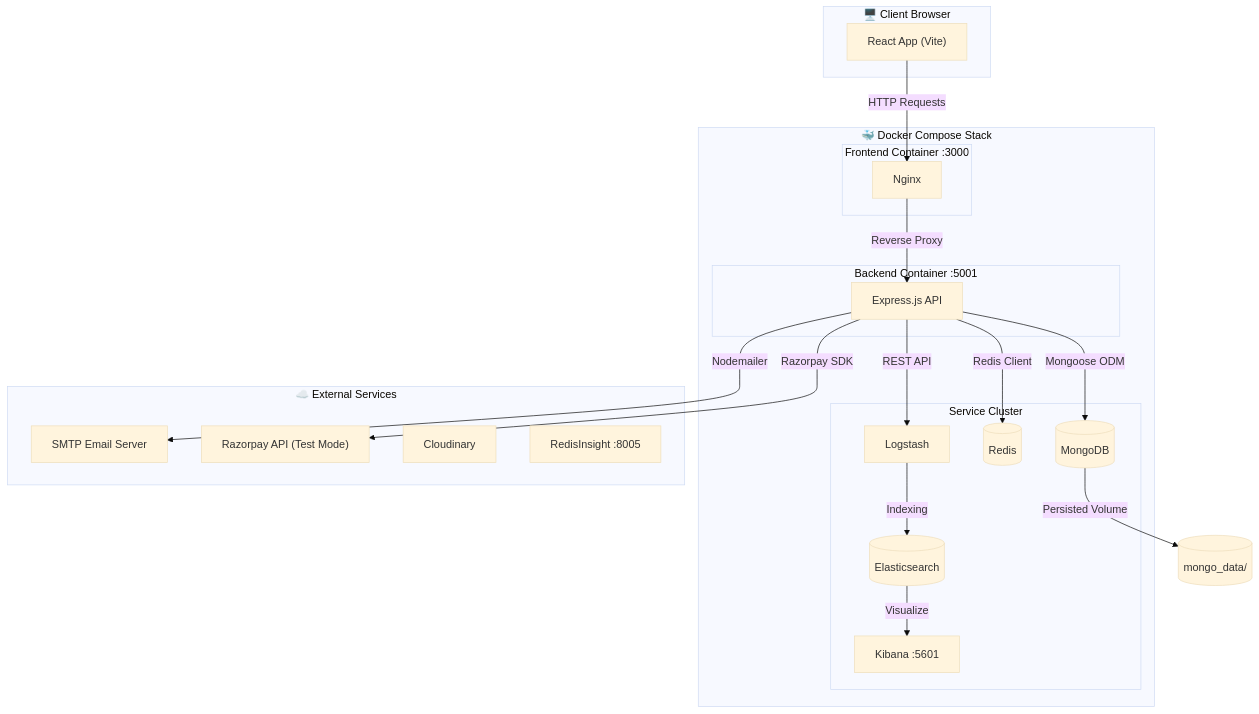
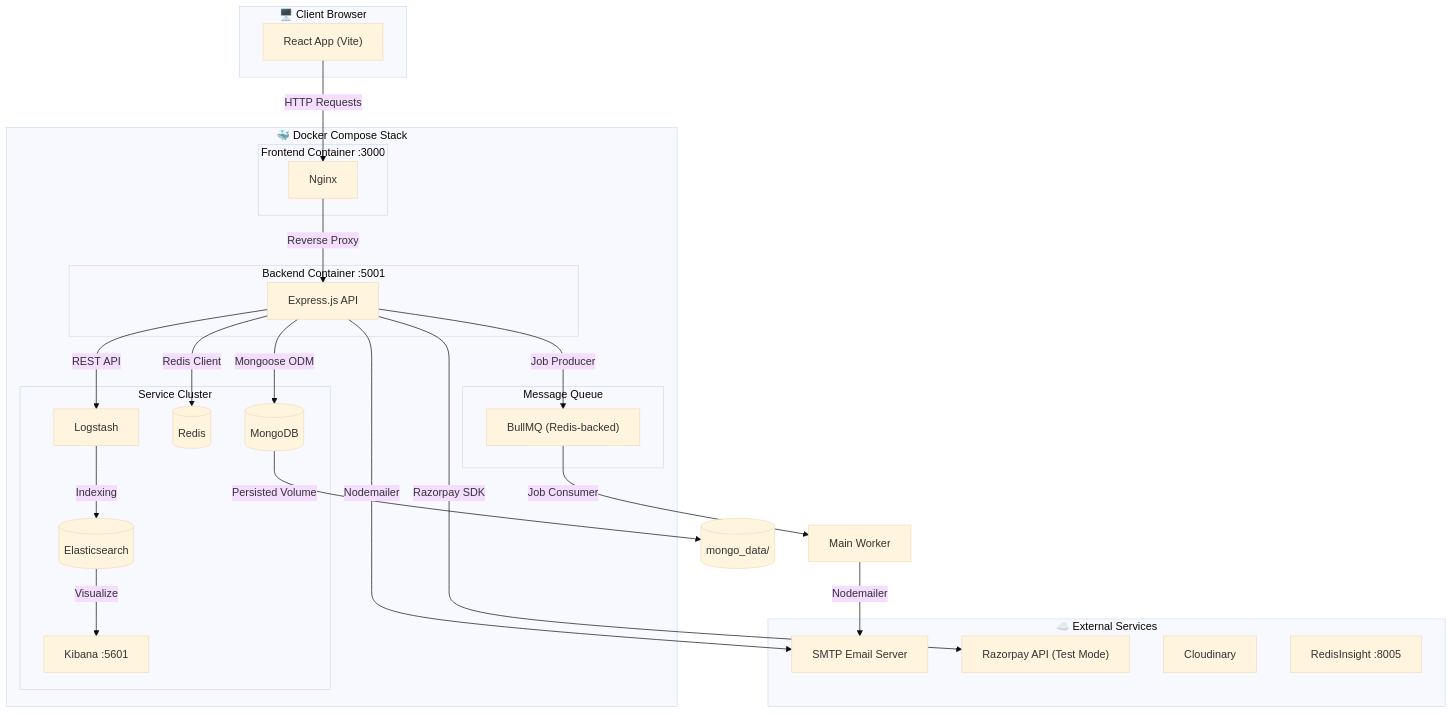
The first of 12 diagrams in architecture_diagrams.md (Narendrakaduru/QuickCart), drawn with Mermaid (base theme) before and after one commit. The commit also changed other lines of this file and 10 other files, not shown here.

````diff
--- a/architecture_diagrams.md
+++ b/architecture_diagrams.md
@@ -7,40 +7,46 @@
 ```mermaid
 graph TB
     subgraph Client["🖥️ Client Browser"]
         REACT["React App (Vite)"]
     end
 
     subgraph Docker["🐳 Docker Compose Stack"]
         subgraph FE["Frontend Container :3000"]
             NGINX["Nginx"]
         end
         subgraph BE["Backend Container :5001"]
             EXPRESS["Express.js API"]
         end
         subgraph DB["Service Cluster"]
             MONGO[("MongoDB")]
             REDIS[("Redis")]
             ELASTIC[("Elasticsearch")]
             LOGSTASH["Logstash"]
             KIBANA["Kibana :5601"]
         end
+        subgraph Q["Message Queue"]
+            BULLMQ["BullMQ (Redis-backed)"]
+        end
     end
 
     subgraph External["☁️ External Services"]
         SMTP["SMTP Email Server"]
         RAZORPAY["Razorpay API (Test Mode)"]
         CLOUDINARY["Cloudinary"]
         INSIGHT["RedisInsight :8005"]
     end
 
     REACT -- "HTTP Requests" --> NGINX
     NGINX -- "Reverse Proxy" --> EXPRESS
     EXPRESS -- "Mongoose ODM" --> MONGO
     EXPRESS -- "Redis Client" --> REDIS
     EXPRESS -- "Nodemailer" --> SMTP
     EXPRESS -- "Razorpay SDK" --> RAZORPAY
     EXPRESS -- "REST API" --> LOGSTASH
+    EXPRESS -- "Job Producer" --> BULLMQ
+    BULLMQ -- "Job Consumer" --> WORKER["Main Worker"]
+    WORKER -- "Nodemailer" --> SMTP
     LOGSTASH -- "Indexing" --> ELASTIC
     ELASTIC -- "Visualize" --> KIBANA
     MONGO -- "Persisted Volume" --> DISK[("mongo_data/")]
 ```
````
